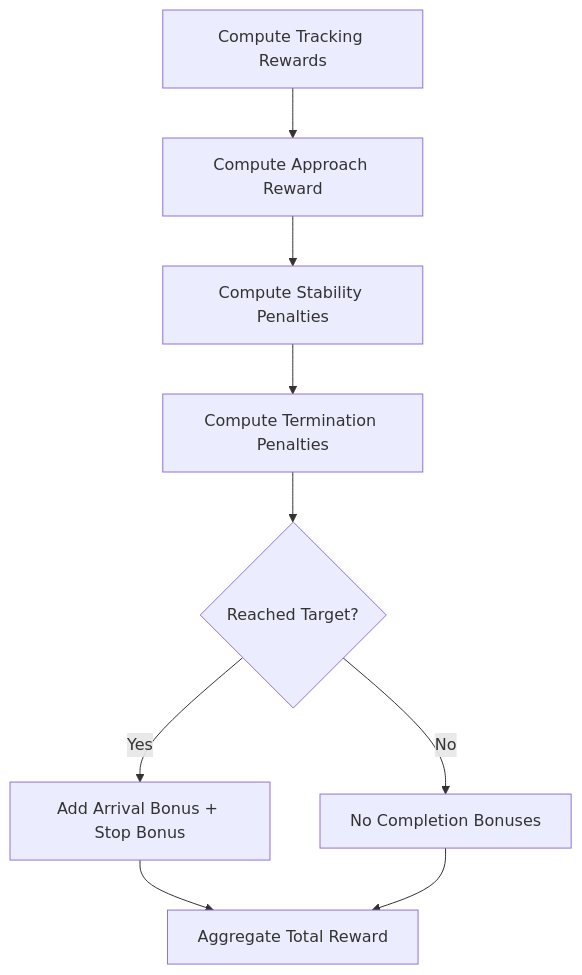
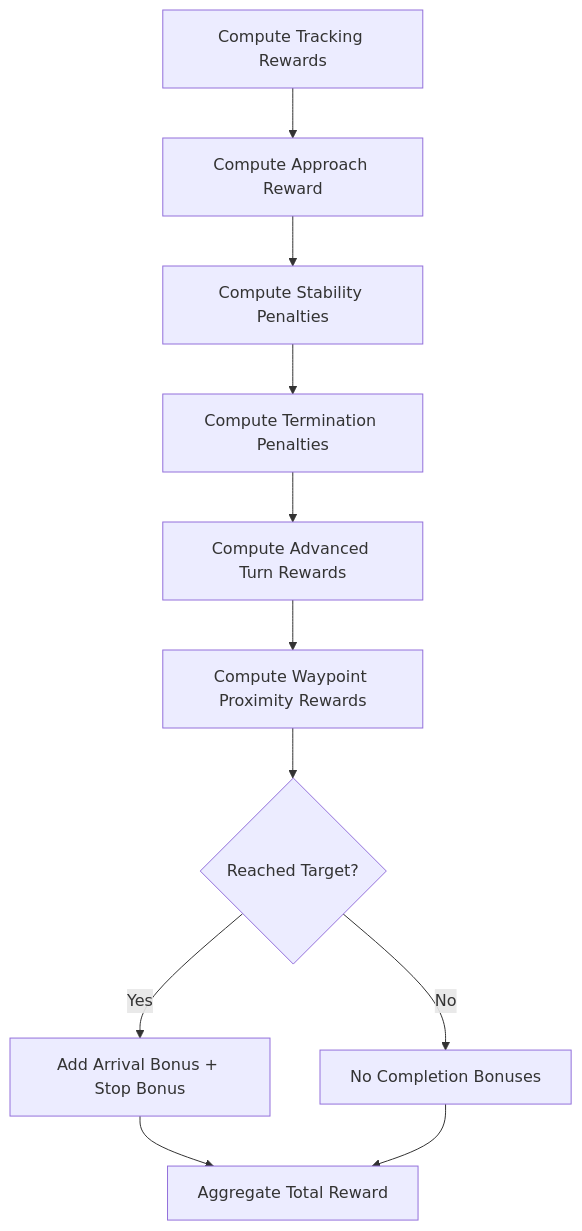
Before and after one commit to jayjayhust/MotrixLab: the fifth of 11 diagrams in .qoder/repowiki/en/content/Navigation Environments/VBot Navigation/VBot Navigation.md, drawn with Mermaid. The commit also changed other lines of this file and 27 other files, not shown here.

````diff
--- a/.qoder/repowiki/en/content/Navigation Environments/VBot Navigation/VBot Navigation.md
+++ b/.qoder/repowiki/en/content/Navigation Environments/VBot Navigation/VBot Navigation.md
@@ -195,11 +261,13 @@
 ```mermaid
 flowchart TD
 A["Compute Tracking Rewards"] --> B["Compute Approach Reward"]
 B --> C["Compute Stability Penalties"]
 C --> D["Compute Termination Penalties"]
-D --> E{"Reached Target?"}
-E --> |Yes| F["Add Arrival Bonus + Stop Bonus"]
-E --> |No| G["No Completion Bonuses"]
-F --> H["Aggregate Total Reward"]
-G --> H["Aggregate Total Reward"]
+D --> E["Compute Advanced Turn Rewards"]
+E --> F["Compute Waypoint Proximity Rewards"]
+F --> G{"Reached Target?"}
+G --> |Yes| H["Add Arrival Bonus + Stop Bonus"]
+G --> |No| I["No Completion Bonuses"]
+H --> J["Aggregate Total Reward"]
+I --> J["Aggregate Total Reward"]
 ```
````
